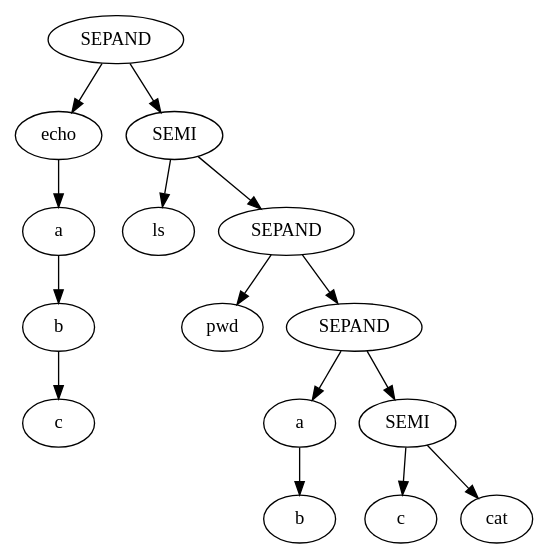
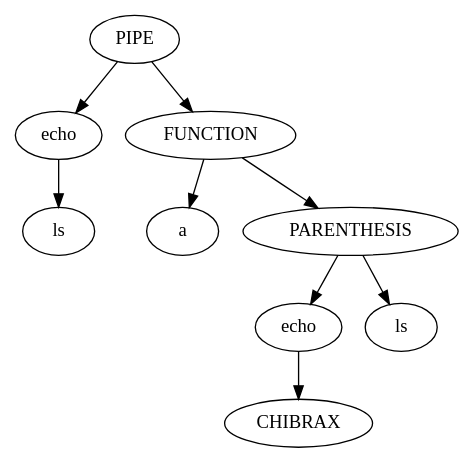
Before and after one commit to TristanBilot/42sh: the diagram in ast.dot, drawn with Graphviz. The commit also changed 4 other files, not shown here.

```diff
--- a/ast.dot
+++ b/ast.dot
@@ -1,31 +1,19 @@
 digraph AST {
-	node_0x7fa878401940 [label=SEPAND];
-	node_0x7fa8784019c0 [label=echo];
-	node_0x7fa878401940 -> node_0x7fa8784019c0;
-	node_0x7fa8784019f0 [label=a];
-	node_0x7fa8784019c0 -> node_0x7fa8784019f0;
-	node_0x7fa878402870 [label=b];
-	node_0x7fa8784019f0 -> node_0x7fa878402870;
-	node_0x7fa878402890 [label=c];
-	node_0x7fa878402870 -> node_0x7fa878402890;
-	node_0x7fa8784028b0 [label=SEMI];
-	node_0x7fa878401940 -> node_0x7fa8784028b0;
-	node_0x7fa878402930 [label=ls];
-	node_0x7fa8784028b0 -> node_0x7fa878402930;
-	node_0x7fa878402960 [label=SEPAND];
-	node_0x7fa8784028b0 -> node_0x7fa878402960;
-	node_0x7fa8784029e0 [label=pwd];
-	node_0x7fa878402960 -> node_0x7fa8784029e0;
-	node_0x7fa878402a10 [label=SEPAND];
-	node_0x7fa878402960 -> node_0x7fa878402a10;
-	node_0x7fa878402a90 [label=a];
-	node_0x7fa878402a10 -> node_0x7fa878402a90;
-	node_0x7fa878402ac0 [label=b];
-	node_0x7fa878402a90 -> node_0x7fa878402ac0;
-	node_0x7fa878402ae0 [label=SEMI];
-	node_0x7fa878402a10 -> node_0x7fa878402ae0;
-	node_0x7fa878402b60 [label=c];
-	node_0x7fa878402ae0 -> node_0x7fa878402b60;
-	node_0x7fa878402c10 [label=cat];
-	node_0x7fa878402ae0 -> node_0x7fa878402c10;
+	node_0x7f8eb7401960 [label=PIPE];
+	node_0x7f8eb74019a0 [label=echo];
+	node_0x7f8eb7401960 -> node_0x7f8eb74019a0;
+	node_0x7f8eb74019d0 [label=ls];
+	node_0x7f8eb74019a0 -> node_0x7f8eb74019d0;
+	node_0x7f8eb74026d0 [label=FUNCTION];
+	node_0x7f8eb7401960 -> node_0x7f8eb74026d0;
+	node_0x7f8eb7401fd0 [label=a];
+	node_0x7f8eb74026d0 -> node_0x7f8eb7401fd0;
+	node_0x7f8eb74026f0 [label=PARENTHESIS];
+	node_0x7f8eb74026d0 -> node_0x7f8eb74026f0;
+	node_0x7f8eb7402780 [label=echo];
+	node_0x7f8eb74026f0 -> node_0x7f8eb7402780;
+	node_0x7f8eb74027b0 [label=CHIBRAX];
+	node_0x7f8eb7402780 -> node_0x7f8eb74027b0;
+	node_0x7f8eb7402840 [label=ls];
+	node_0x7f8eb74026f0 -> node_0x7f8eb7402840;
 }
```
